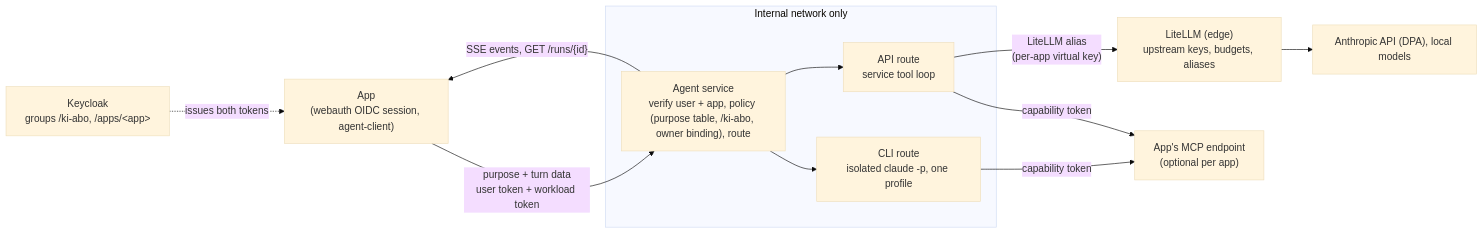
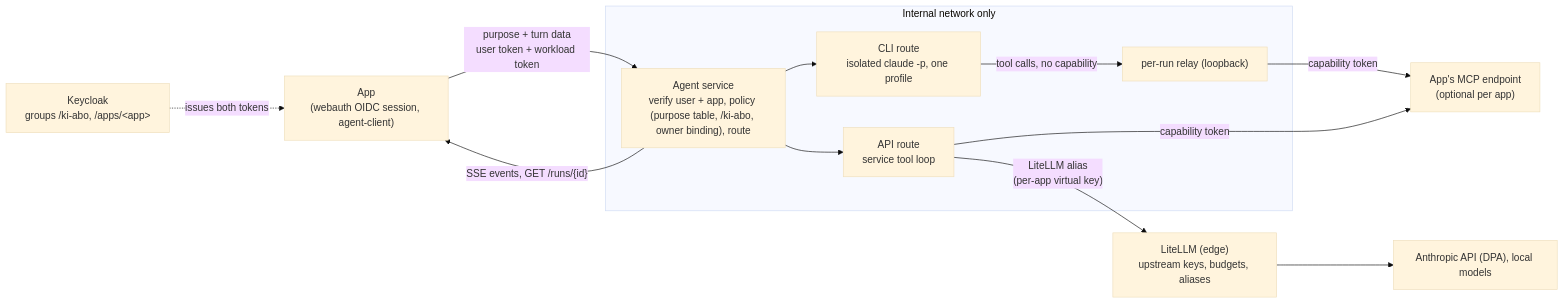
One commit to overnightworks/agent-providers changed the diagram in docs/decisions/0001-agent-service.md. Above: the diagram before and after it, drawn with Mermaid (base theme). The commit also changed other lines of this file, not shown here.

Commit message:
Fix the #135 review findings: relay in the overview diagram, c5 dependency set, c6 rationale, c3 GET qualification, measured c7 and c8 details

````diff
--- a/docs/decisions/0001-agent-service.md
+++ b/docs/decisions/0001-agent-service.md
@@ -31,23 +31,25 @@
 ```mermaid
 flowchart LR
     App["App<br/>(webauth OIDC session, agent-client)"]
     KC["Keycloak<br/>groups /ki-abo, /apps/&lt;app&gt;"]
     subgraph internal["Internal network only"]
         Svc["Agent service<br/>verify user + app, policy (purpose table, /ki-abo, owner binding), route"]
         CLI["CLI route<br/>isolated claude -p, one profile"]
+        Relay["per-run relay (loopback)"]
         API["API route<br/>service tool loop"]
     end
     LLM["LiteLLM (edge)<br/>upstream keys, budgets, aliases"]
     Up["Anthropic API (DPA), local models"]
     MCP["App's MCP endpoint<br/>(optional per app)"]
 
     App -- "purpose + turn data<br/>user token + workload token" --> Svc
     KC -. "issues both tokens" .-> App
     Svc --> CLI
     Svc --> API
     API -- "LiteLLM alias<br/>(per-app virtual key)" --> LLM
     LLM --> Up
-    CLI -- "capability token" --> MCP
+    CLI -- "tool calls, no capability" --> Relay
+    Relay -- "capability token" --> MCP
     API -- "capability token" --> MCP
     Svc -- "SSE events, GET /runs/{id}" --> App
 ```
````
